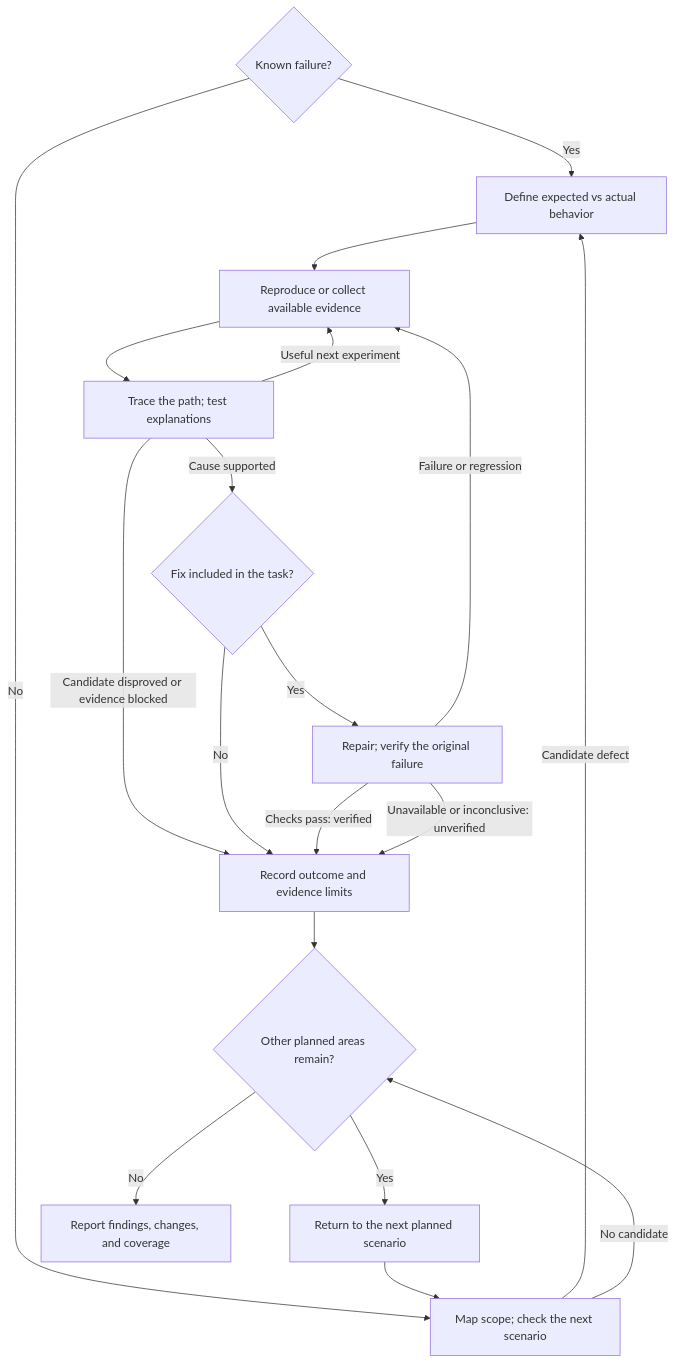
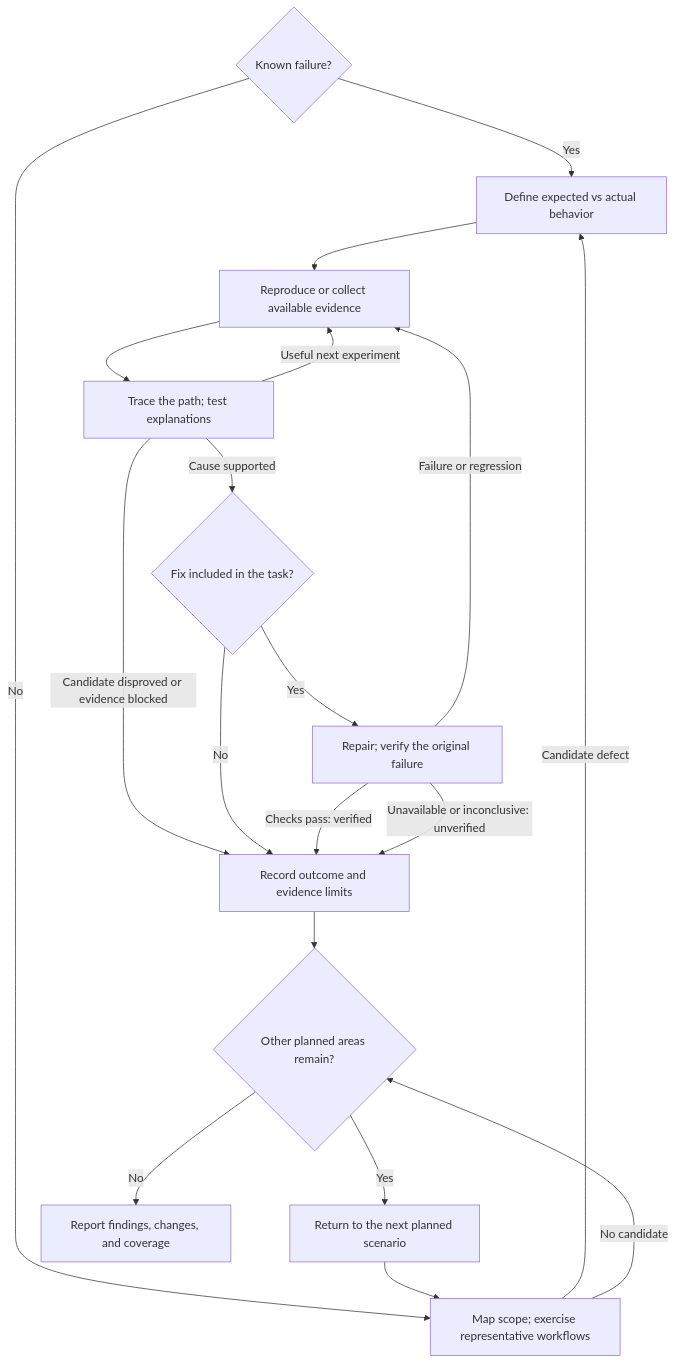
The diagram in README.md (joshwoods/josh-skills), drawn with Mermaid before and after one commit. The commit also changed other lines of this file and 3 other files, not shown here.

````diff
--- a/README.md
+++ b/README.md
@@ -33,22 +35,22 @@
 ```mermaid
 flowchart TD
     A{"Known failure?"}
     A -->|Yes| D["Define expected vs actual behavior"]
-    A -->|No| S["Map scope; check the next scenario"]
+    A -->|No| S["Map scope; exercise representative workflows"]
     S -->|Candidate defect| D
     S -->|No candidate| M{"Other planned areas remain?"}
     D --> E["Reproduce or collect available evidence"]
     E --> H["Trace the path; test explanations"]
     H -->|Useful next experiment| E
     H -->|Cause supported| F{"Fix included in the task?"}
     H -->|Candidate disproved or evidence blocked| O["Record outcome and evidence limits"]
     F -->|No| O
     F -->|Yes| R["Repair; verify the original failure"]
     R -->|Failure or regression| E
     R -->|Checks pass: verified| O
     R -->|Unavailable or inconclusive: unverified| O
     O --> M
     M -->|Yes| N["Return to the next planned scenario"]
     N --> S
     M -->|No| Z["Report findings, changes, and coverage"]
 ```
````
